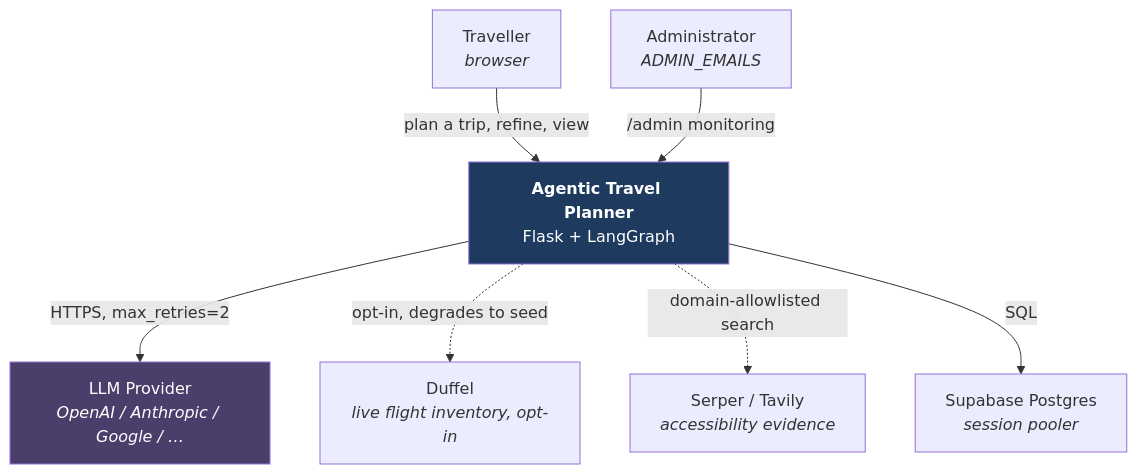
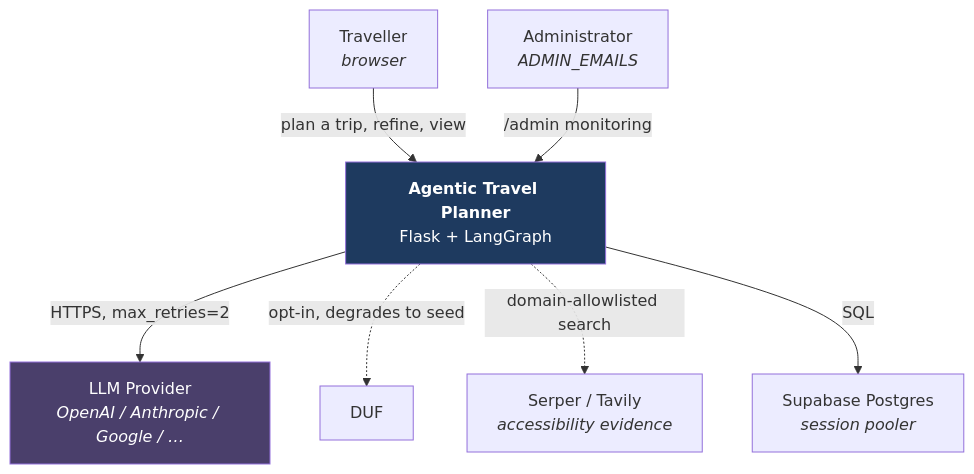
Before and after one commit to NUS-ISS-SWE5008-STACKABLE-2026-07-Team1/agentic-travel-planner: the first of 8 diagrams in docs/architecture.md, drawn with Mermaid. The commit also changed other lines of this file and 27 other files, not shown here.

First line of the commit message:
chore(flight): remove the unused Duffel provider

````diff
--- a/docs/architecture.md
+++ b/docs/architecture.md
@@ -23,20 +23,19 @@
 ```mermaid
 graph TB
     T["Traveller<br/><i>browser</i>"]
     A["Administrator<br/><i>ADMIN_EMAILS</i>"]
     S["<b>Agentic Travel Planner</b><br/>Flask + LangGraph"]
     LLM["LLM Provider<br/><i>OpenAI / Anthropic / Google / …</i>"]
-    DUF["Duffel<br/><i>live flight inventory, opt-in</i>"]
     SER["Serper / Tavily<br/><i>accessibility evidence</i>"]
     PG["Supabase Postgres<br/><i>session pooler</i>"]
 
     T -->|"plan a trip, refine, view"| S
     A -->|"/admin monitoring"| S
     S -->|"HTTPS, max_retries=2"| LLM
     S -.->|"opt-in, degrades to seed"| DUF
     S -.->|"domain-allowlisted search"| SER
     S -->|"SQL"| PG
 
     style S fill:#1e3a5f,color:#fff
     style LLM fill:#4a3f6b,color:#fff
 ```
````
